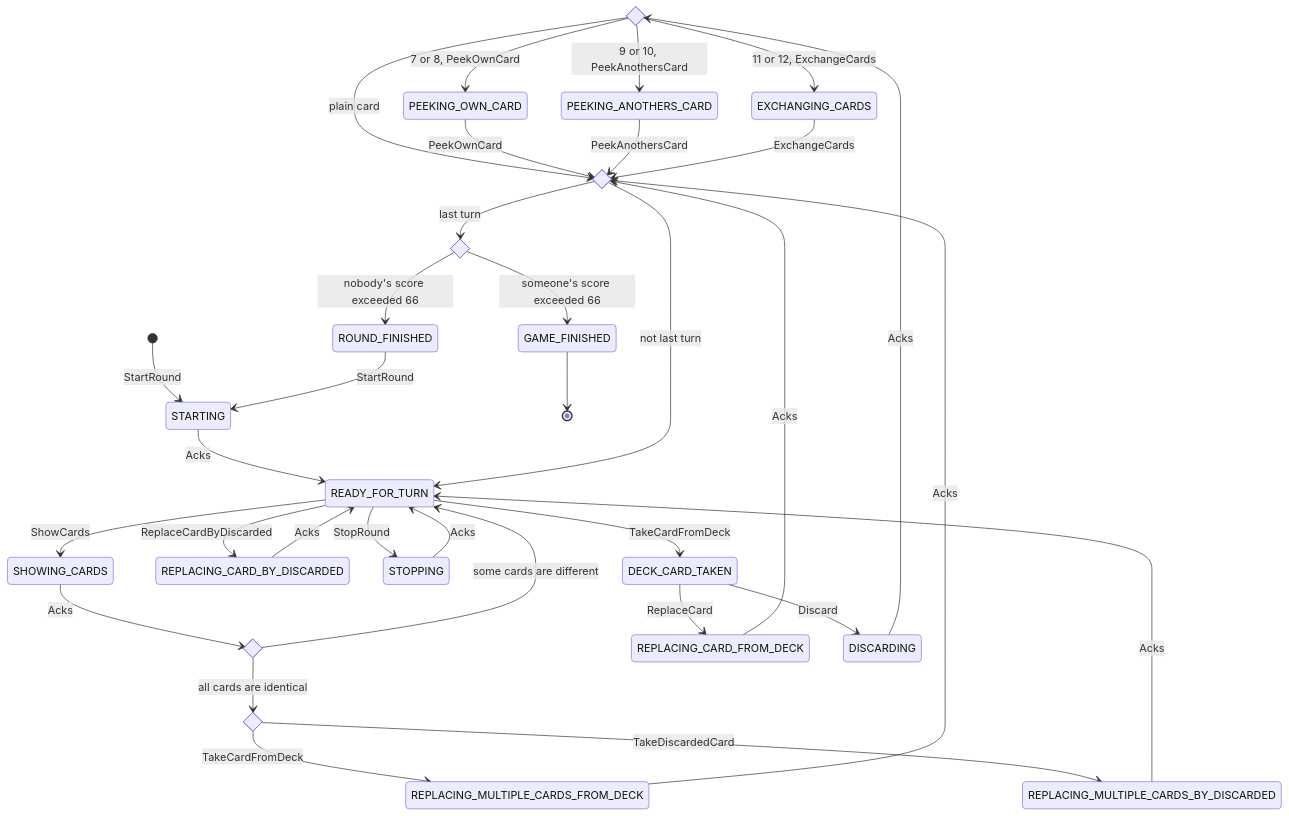
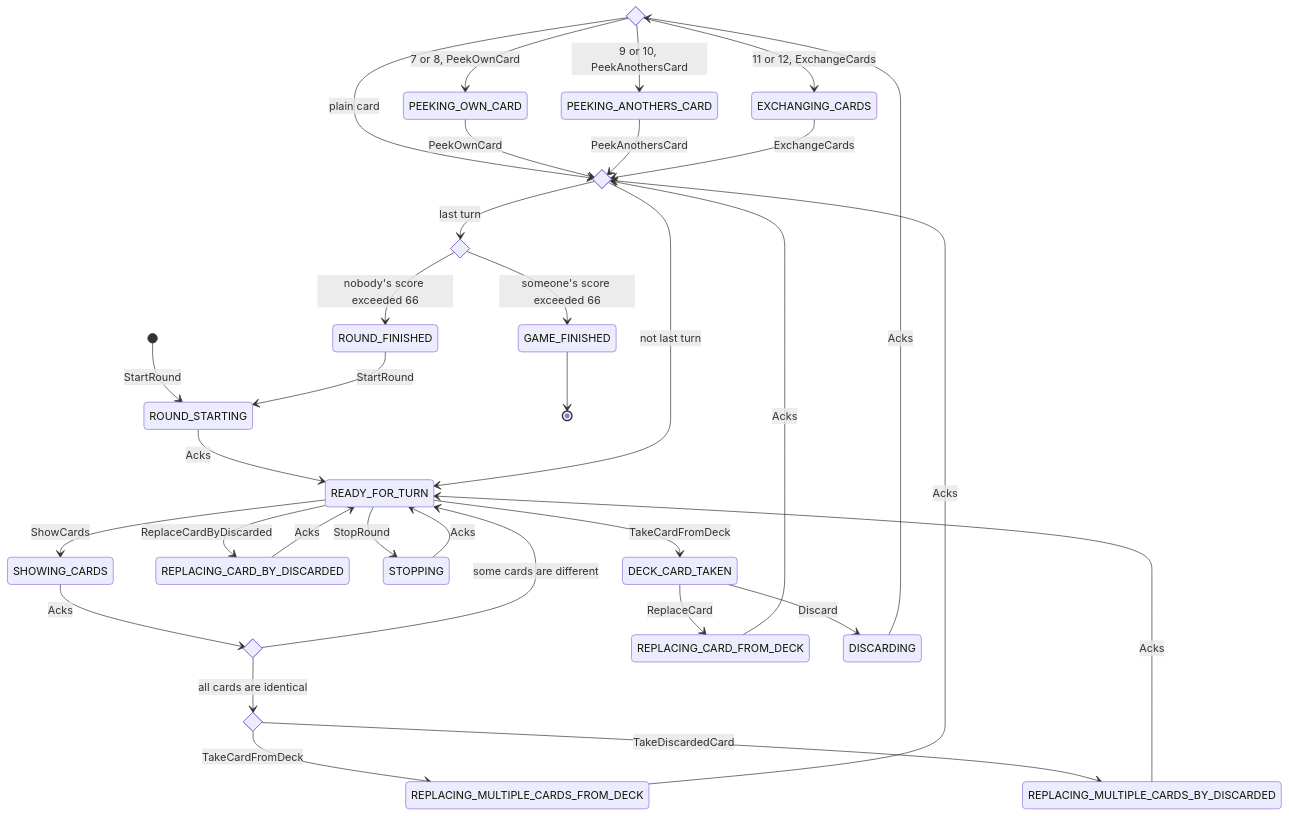
One commit to roman-zubarevich/another changed the first of 17 diagrams in README.md. Above: the diagram before and after it, drawn with Mermaid.

Commit message:
adjust readme

````diff
--- a/README.md
+++ b/README.md
@@ -7,40 +7,40 @@
 ```mermaid
 stateDiagram-v2
     state discarded <<choice>>
     state comparing_cards <<choice>>
     state replacing_cards <<choice>>
     state turn_done <<choice>>
     state round_done <<choice>>
-    [*] --> STARTING: StartRound
-    STARTING --> READY_FOR_TURN: Acks
+    [*] --> ROUND_STARTING: StartRound
+    ROUND_STARTING --> READY_FOR_TURN: Acks
     READY_FOR_TURN --> DECK_CARD_TAKEN: TakeCardFromDeck
     READY_FOR_TURN --> REPLACING_CARD_BY_DISCARDED: ReplaceCardByDiscarded
     READY_FOR_TURN --> STOPPING: StopRound
     READY_FOR_TURN --> SHOWING_CARDS: ShowCards
     SHOWING_CARDS --> comparing_cards: Acks
     comparing_cards --> READY_FOR_TURN: some cards are different
     comparing_cards --> replacing_cards: all cards are identical
     replacing_cards --> REPLACING_MULTIPLE_CARDS_FROM_DECK: TakeCardFromDeck
     replacing_cards --> REPLACING_MULTIPLE_CARDS_BY_DISCARDED: TakeDiscardedCard
     DECK_CARD_TAKEN --> REPLACING_CARD_FROM_DECK: ReplaceCard
     REPLACING_CARD_FROM_DECK --> turn_done: Acks
     DECK_CARD_TAKEN --> DISCARDING: Discard
     DISCARDING --> discarded: Acks
     discarded --> turn_done: plain card
     discarded --> PEEKING_OWN_CARD: 7 or 8, PeekOwnCard
     discarded --> PEEKING_ANOTHERS_CARD: 9 or 10, PeekAnothersCard
     discarded --> EXCHANGING_CARDS: 11 or 12, ExchangeCards
     REPLACING_CARD_BY_DISCARDED --> READY_FOR_TURN: Acks
     REPLACING_MULTIPLE_CARDS_BY_DISCARDED --> READY_FOR_TURN: Acks
     STOPPING --> READY_FOR_TURN: Acks
     REPLACING_MULTIPLE_CARDS_FROM_DECK --> turn_done: Acks
     PEEKING_OWN_CARD --> turn_done: PeekOwnCard
     PEEKING_ANOTHERS_CARD --> turn_done: PeekAnothersCard
     EXCHANGING_CARDS --> turn_done: ExchangeCards
     turn_done --> READY_FOR_TURN: not last turn
     turn_done --> round_done: last turn
     round_done --> ROUND_FINISHED: nobody's score exceeded 66
     round_done --> GAME_FINISHED: someone's score exceeded 66
-    ROUND_FINISHED --> STARTING: StartRound
+    ROUND_FINISHED --> ROUND_STARTING: StartRound
     GAME_FINISHED --> [*]
 ```
````
